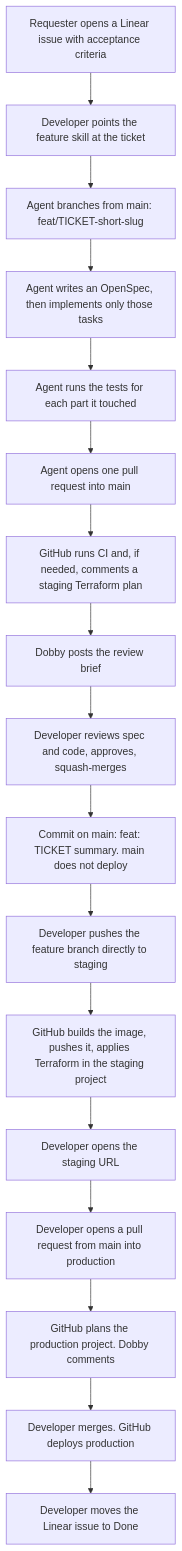
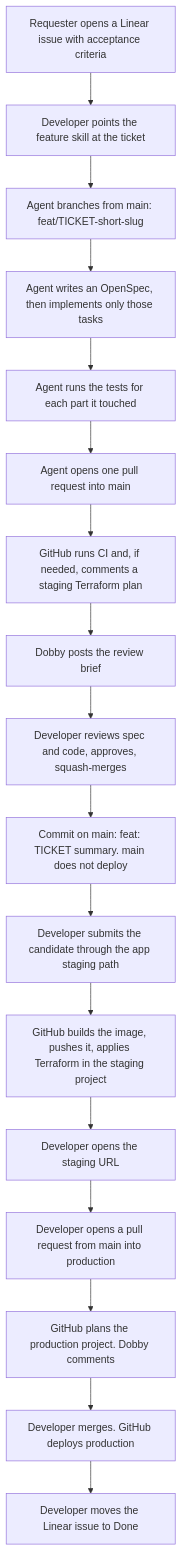
Before and after one commit to opptra/sdlc-resources: the second of 3 diagrams in docs/workflows.md, drawn with Mermaid. The commit also changed other lines of this file and 22 other files, not shown here.

````diff
--- a/docs/workflows.md
+++ b/docs/workflows.md
@@ -70,19 +70,19 @@
 ```mermaid
 flowchart TD
   A[Requester opens a Linear issue with acceptance criteria] --> B[Developer points the feature skill at the ticket]
   B --> C["Agent branches from main: feat/TICKET-short-slug"]
   C --> D[Agent writes an OpenSpec, then implements only those tasks]
   D --> E[Agent runs the tests for each part it touched]
   E --> F[Agent opens one pull request into main]
   F --> G[GitHub runs CI and, if needed, comments a staging Terraform plan]
   G --> H[Dobby posts the review brief]
   H --> I[Developer reviews spec and code, approves, squash-merges]
   I --> J["Commit on main: feat: TICKET summary. main does not deploy"]
-  J --> K[Developer pushes the feature branch directly to staging]
+  J --> K[Developer submits the candidate through the app staging path]
   K --> L[GitHub builds the image, pushes it, applies Terraform in the staging project]
   L --> M[Developer opens the staging URL]
   M --> N[Developer opens a pull request from main into production]
   N --> O[GitHub plans the production project. Dobby comments]
   O --> P[Developer merges. GitHub deploys production]
   P --> Q[Developer moves the Linear issue to Done]
 ```
````
